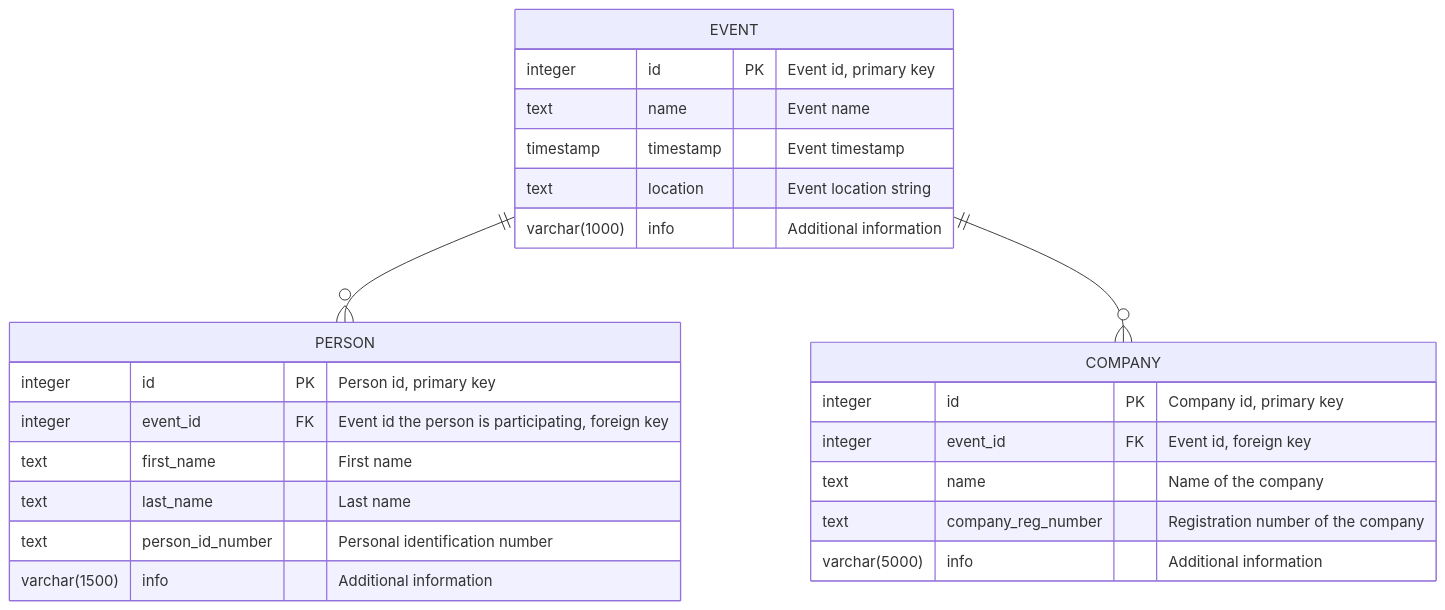
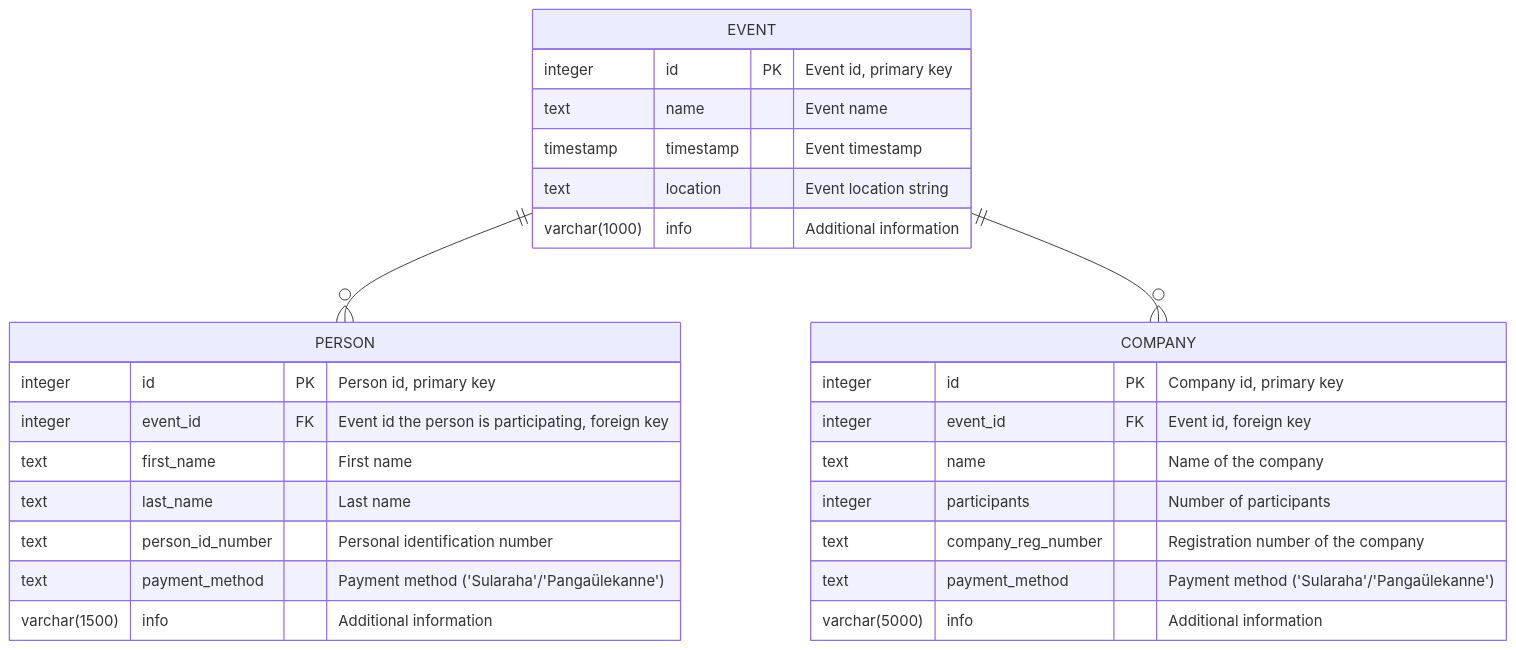
Before and after one commit to kongaskristjan/EventBooking: the diagram in README.md, drawn with Mermaid. The commit also changed other lines of this file, not shown here.

````diff
--- a/README.md
+++ b/README.md
@@ -5,28 +5,31 @@
 ```mermaid
 erDiagram
 
     EVENT {
         integer id PK "Event id, primary key"
         text name "Event name"
         timestamp timestamp "Event timestamp"
         text location "Event location string"
         varchar(1000) info "Additional information"
     }
     PERSON {
         integer id PK "Person id, primary key"
         integer event_id FK "Event id the person is participating, foreign key"
         text first_name "First name"
         text last_name "Last name"
         text person_id_number "Personal identification number"
+        text payment_method "Payment method ('Sularaha'/'Pangaülekanne')"
         varchar(1500) info "Additional information"
     }
     COMPANY {
         integer id PK "Company id, primary key"
         integer event_id FK "Event id, foreign key"
         text name "Name of the company"
+        integer participants "Number of participants"
         text company_reg_number "Registration number of the company"
+        text payment_method "Payment method ('Sularaha'/'Pangaülekanne')"
         varchar(5000) info "Additional information"
     }
     EVENT ||--o{ PERSON : ""
     EVENT ||--o{ COMPANY : ""
 ```
````
